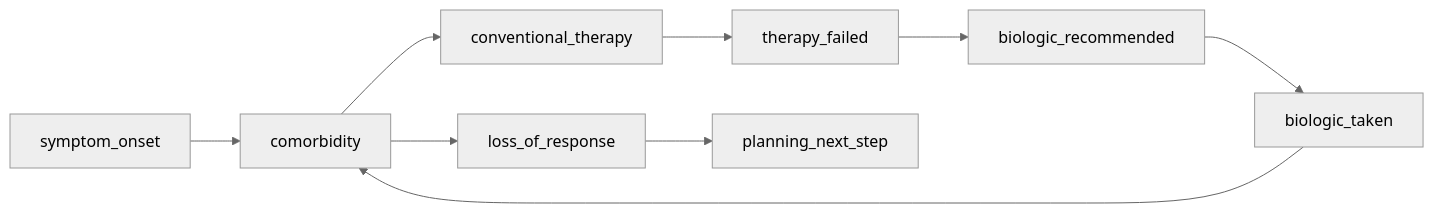
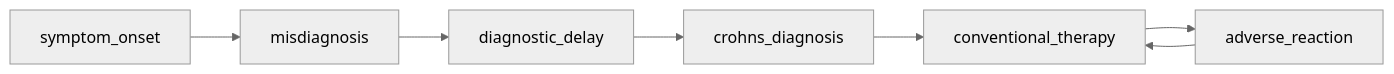
Before and after one commit to carecodeconnect/crohnicity: the diagram in README.md, drawn with Mermaid. The commit also changed other lines of this file and 136 other files, not shown here.

````diff
--- a/README.md
+++ b/README.md
@@ -354,20 +403,16 @@
 ``` mermaid
 %%{init: {'theme':'neutral'}}%%
 flowchart LR
     n0["symptom_onset"]
-    n1["comorbidity"]
-    n2["conventional_therapy"]
-    n3["therapy_failed"]
-    n4["biologic_recommended"]
-    n5["biologic_taken"]
-    n6["loss_of_response"]
-    n7["planning_next_step"]
+    n1["misdiagnosis"]
+    n2["diagnostic_delay"]
+    n3["crohns_diagnosis"]
+    n4["conventional_therapy"]
+    n5["adverse_reaction"]
     n0 -->n1
     n1 -->n2
     n2 -->n3
     n3 -->n4
     n4 -->n5
-    n5 -->n1
-    n1 -->n6
-    n6 -->n7
+    n5 -->n4
 ```
````
